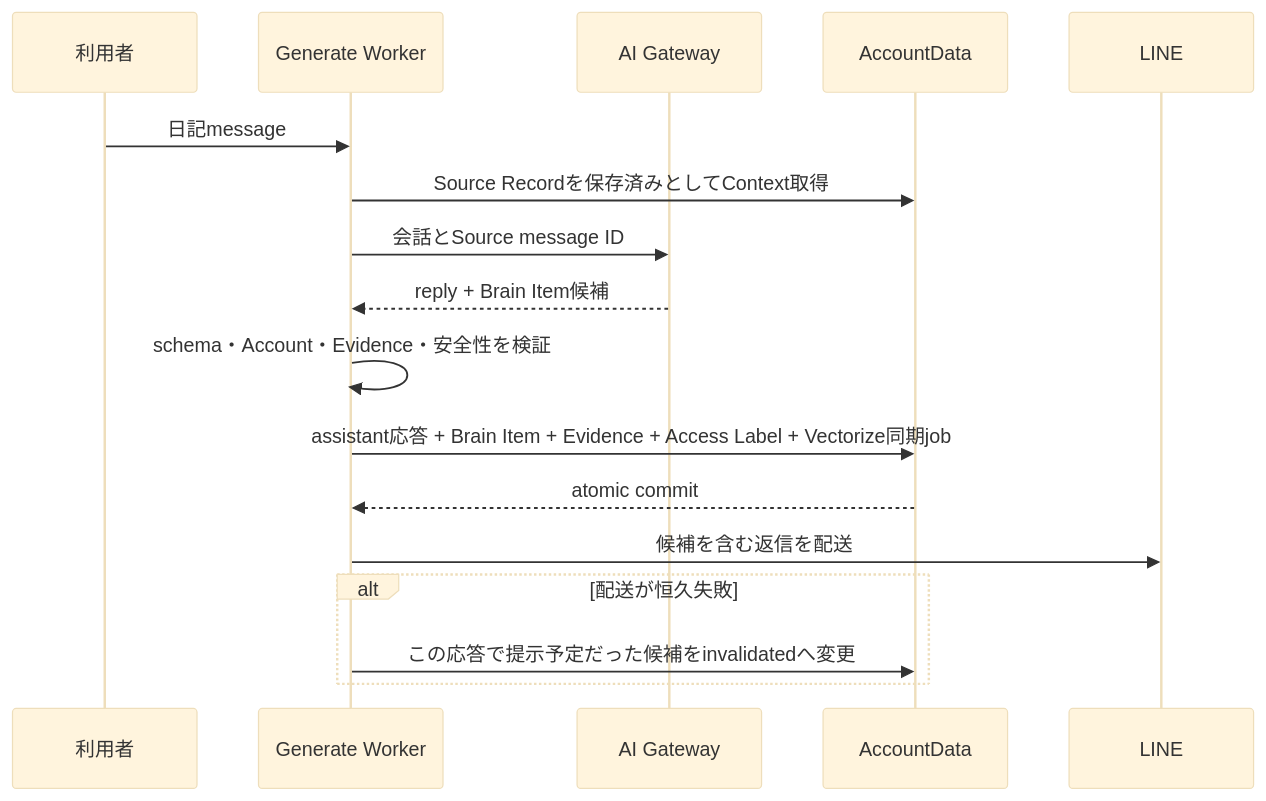
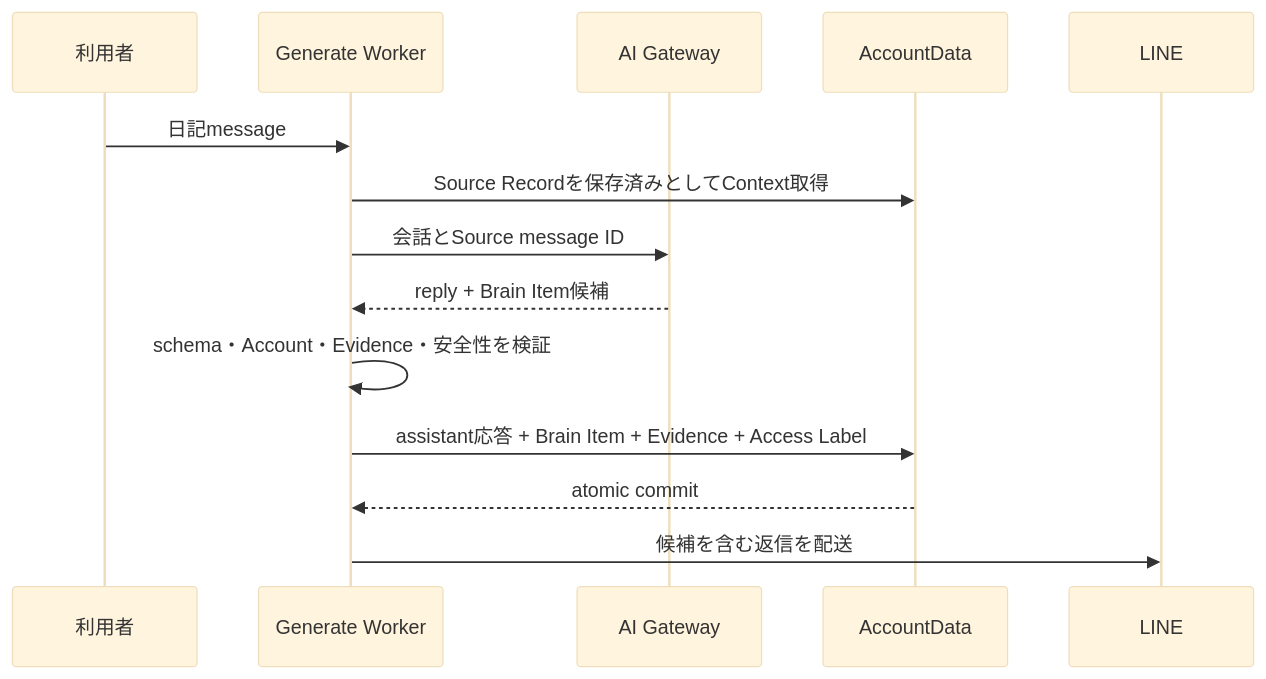
The fourth of 4 diagrams in docs/domain/brain/brain-item-generation-design.md (kkyosuke/me-builder), drawn with Mermaid (base theme) before and after one commit. The commit also changed other lines of this file and 20 other files, not shown here.

````diff
--- a/docs/domain/brain/brain-item-generation-design.md
+++ b/docs/domain/brain/brain-item-generation-design.md
@@ -305,20 +305,17 @@
 ```mermaid
 sequenceDiagram
     participant U as 利用者
     participant W as Generate Worker
     participant AI as AI Gateway
     participant AD as AccountData
     participant LINE as LINE
 
     U->>W: 日記message
     W->>AD: Source Recordを保存済みとしてContext取得
     W->>AI: 会話とSource message ID
     AI-->>W: reply + Brain Item候補
     W->>W: schema・Account・Evidence・安全性を検証
-    W->>AD: assistant応答 + Brain Item + Evidence + Access Label + Vectorize同期job
+    W->>AD: assistant応答 + Brain Item + Evidence + Access Label
     AD-->>W: atomic commit
     W->>LINE: 候補を含む返信を配送
-    alt 配送が恒久失敗
-        W->>AD: この応答で提示予定だった候補をinvalidatedへ変更
-    end
 ```
````
